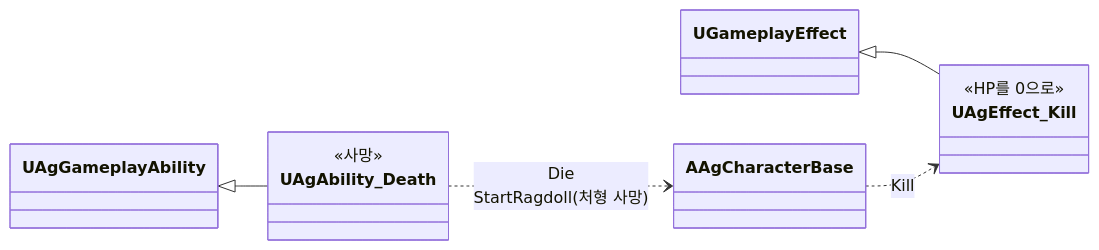
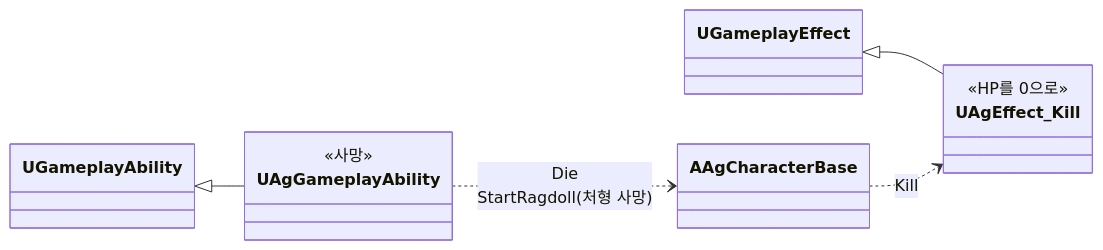
One commit to Woogl/Ag changed the first of 2 diagrams in Docs/Program/사망 처리.md. Above: the diagram before and after it, drawn with Mermaid. The commit also changed other lines of this file and 241 other files, not shown here.

````diff
--- a/Docs/Program/사망 처리.md
+++ b/Docs/Program/사망 처리.md
@@ -22,15 +22,15 @@
 ```mermaid
 classDiagram
     direction LR
-    class UAgAbility_Death {
+    class UAgGameplayAbility {
         <<사망>>
     }
     class UAgEffect_Kill {
         <<HP를 0으로>>
     }
-    UAgGameplayAbility <|-- UAgAbility_Death
+    UGameplayAbility <|-- UAgGameplayAbility
     UGameplayEffect <|-- UAgEffect_Kill
 
-    UAgAbility_Death ..> AAgCharacterBase : Die<br>StartRagdoll(처형 사망)
+    UAgGameplayAbility ..> AAgCharacterBase : Die<br>StartRagdoll(처형 사망)
     AAgCharacterBase ..> UAgEffect_Kill : Kill
 ```
````
